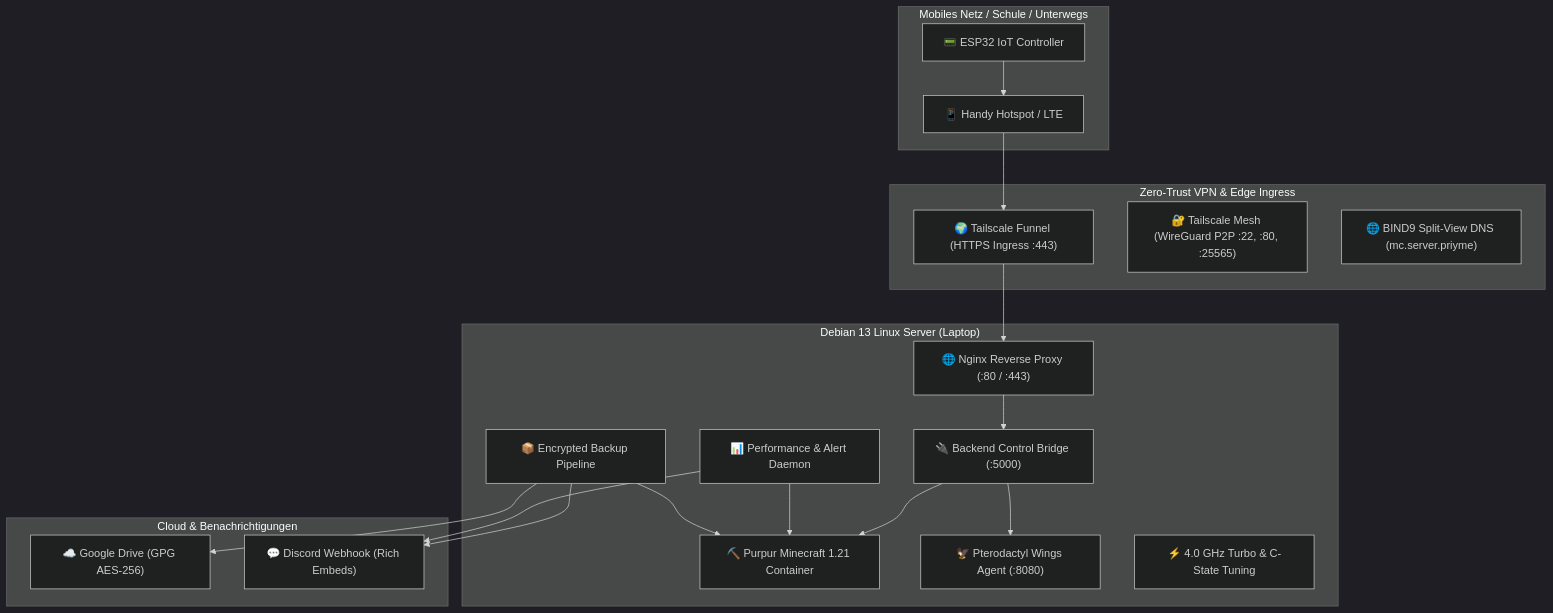
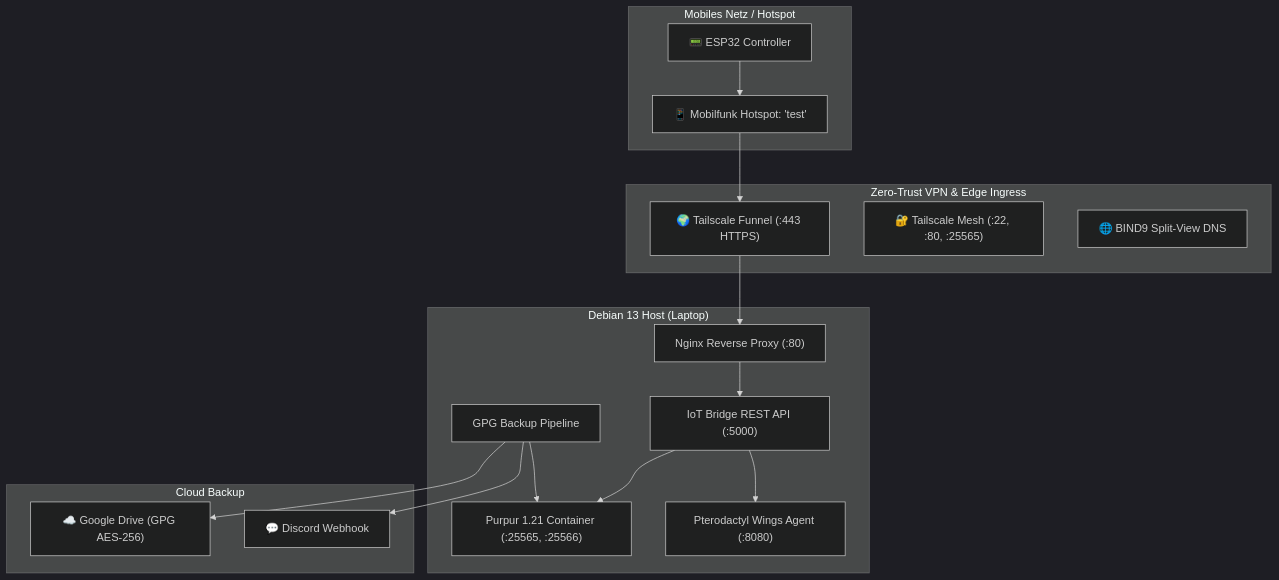
Before and after one commit to PrIyme2/minecraft-iot-server: the diagram in README.md, drawn with Mermaid (dark theme). The commit also changed other lines of this file and 5 other files, not shown here.

````diff
--- a/README.md
+++ b/README.md
@@ -19,40 +17,36 @@
 ```mermaid
 graph TD
-    subgraph Mobile ["Mobiles Netz / Schule / Unterwegs"]
-        ESP["📟 ESP32 IoT Controller"]
-        Hotspot["📱 Handy Hotspot / LTE"]
+    subgraph Edge ["Mobiles Netz / Hotspot"]
+        ESP["📟 ESP32 Controller"]
+        Hotspot["📱 Mobilfunk Hotspot: 'test'"]
         ESP --> Hotspot
     end
 
-    subgraph Mesh ["Zero-Trust VPN & Edge Ingress"]
-        Funnel["🌍 Tailscale Funnel (HTTPS Ingress :443)"]
-        MeshVPN["🔐 Tailscale Mesh (WireGuard P2P :22, :80, :25565)"]
-        SplitDNS["🌐 BIND9 Split-View DNS (mc.server.priyme)"]
+    subgraph Ingress ["Zero-Trust VPN & Edge Ingress"]
+        Funnel["🌍 Tailscale Funnel (:443 HTTPS)"]
+        Mesh["🔐 Tailscale Mesh (:22, :80, :25565)"]
+        SplitDNS["🌐 BIND9 Split-View DNS"]
         Hotspot --> Funnel
     end
 
-    subgraph ServerHost ["Debian 13 Linux Server (Laptop)"]
-        Nginx["🌐 Nginx Reverse Proxy (:80 / :443)"]
-        Bridge["🔌 Backend Control Bridge (:5000)"]
-        DockerMC["⛏️ Purpur Minecraft 1.21 Container"]
-        Agent["🦅 Pterodactyl Wings Agent (:8080)"]
-        Monitor["📊 Performance & Alert Daemon"]
-        Backup["📦 Encrypted Backup Pipeline"]
-        CPULock["⚡ 4.0 GHz Turbo & C-State Tuning"]
+    subgraph Host ["Debian 13 Host (Laptop)"]
+        Nginx["Nginx Reverse Proxy (:80)"]
+        Bridge["IoT Bridge REST API (:5000)"]
+        DockerMC["Purpur 1.21 Container (:25565, :25566)"]
+        Wings["Pterodactyl Wings Agent (:8080)"]
+        Backup["GPG Backup Pipeline"]
 
         Funnel --> Nginx
         Nginx --> Bridge
-        Bridge --> Agent
+        Bridge --> Wings
         Bridge --> DockerMC
-        Monitor --> DockerMC
         Backup --> DockerMC
     end
 
-    subgraph CloudServices ["Cloud & Benachrichtigungen"]
+    subgraph Storage ["Cloud Backup"]
         GDrive["☁️ Google Drive (GPG AES-256)"]
-        Discord["💬 Discord Webhook (Rich Embeds)"]
+        Discord["💬 Discord Webhook"]
         Backup --> GDrive
         Backup --> Discord
-        Monitor --> Discord
     end
 ```
````
